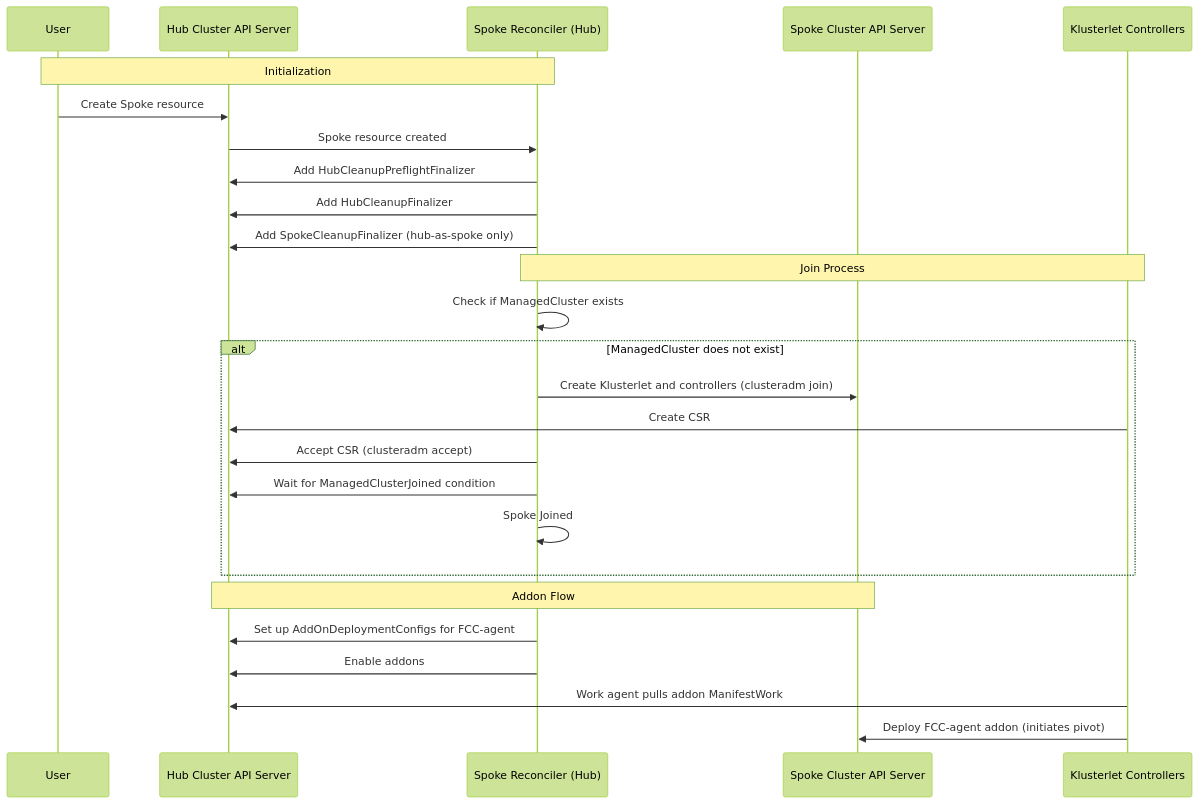
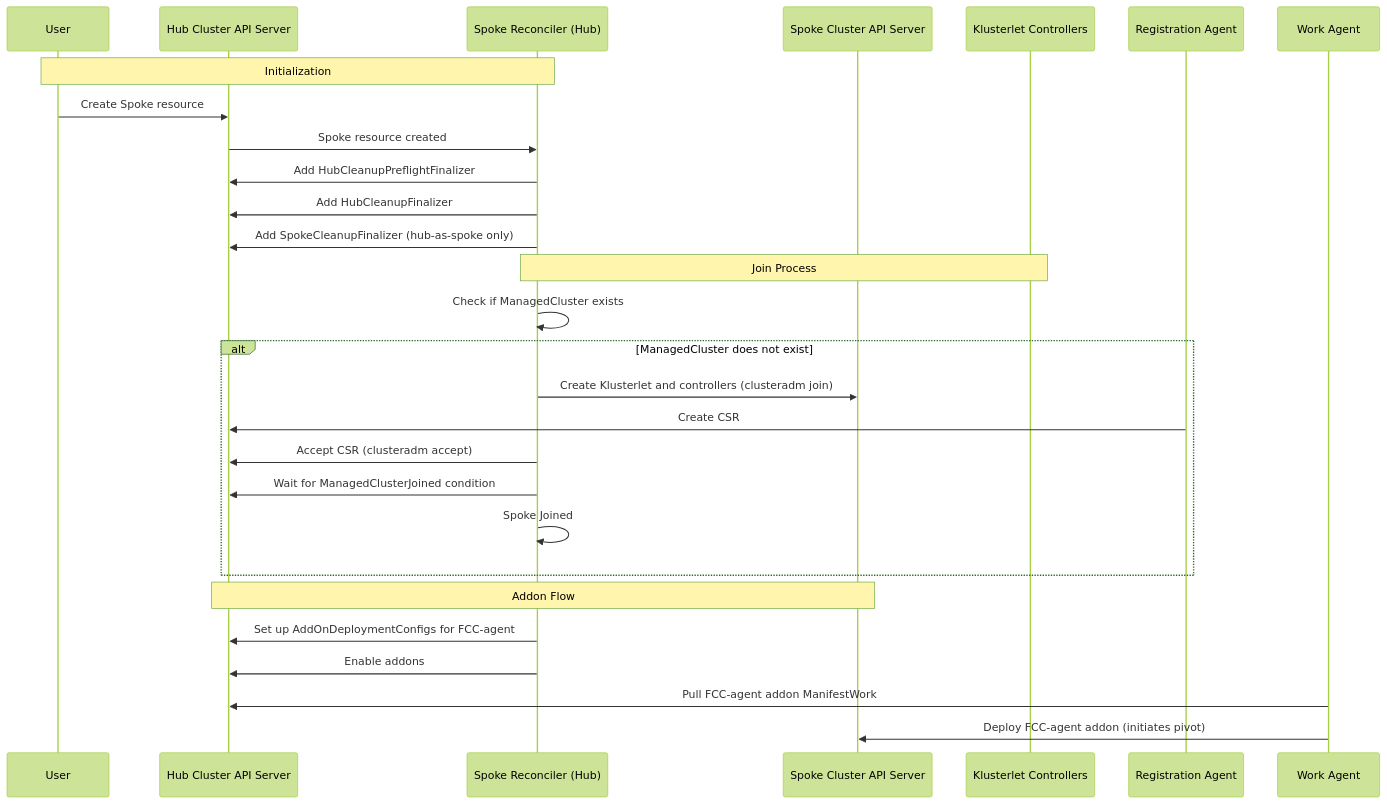
The first of 4 diagrams in fleetconfig-controller/docs/2-phase-spoke-reconcile.md (open-cluster-management-io/lab), drawn with Mermaid (forest theme) before and after one commit. The commit also changed other lines of this file, not shown here.

Commit message:
docs: break out work/reg controllers into separate actors

````diff
--- a/fleetconfig-controller/docs/2-phase-spoke-reconcile.md
+++ b/fleetconfig-controller/docs/2-phase-spoke-reconcile.md
@@ -95,33 +96,35 @@
 ```mermaid
 sequenceDiagram
     participant User
     participant HubK8s as Hub Cluster API Server
     participant HubController as Spoke Reconciler (Hub)
     participant SpokeK8s as Spoke Cluster API Server
     participant KlusterletCtrl as Klusterlet Controllers
+    participant RegAgent as Registration Agent
+    participant WorkAgent as Work Agent
 
     Note over User, HubController: Initialization
 
     User->>HubK8s: Create Spoke resource
     HubK8s->>HubController: Spoke resource created
     HubController->>HubK8s: Add HubCleanupPreflightFinalizer
     HubController->>HubK8s: Add HubCleanupFinalizer
     HubController->>HubK8s: Add SpokeCleanupFinalizer (hub-as-spoke only)
     
     Note over HubController, KlusterletCtrl: Join Process
     HubController->>HubController: Check if ManagedCluster exists
     alt ManagedCluster does not exist
         HubController->>SpokeK8s: Create Klusterlet and controllers (clusteradm join)
-        KlusterletCtrl->>HubK8s: Create CSR
+        RegAgent->>HubK8s: Create CSR
         HubController->>HubK8s: Accept CSR (clusteradm accept)
         HubController->>HubK8s: Wait for ManagedClusterJoined condition
         HubController->>HubController: Spoke Joined
     end
 
     Note over HubK8s, SpokeK8s: Addon Flow
     HubController->>HubK8s: Set up AddOnDeploymentConfigs for FCC-agent
     HubController->>HubK8s: Enable addons
-    KlusterletCtrl->>HubK8s: Work agent pulls addon ManifestWork
-    KlusterletCtrl->>SpokeK8s: Deploy FCC-agent addon (initiates pivot)
+    WorkAgent->>HubK8s: Pull FCC-agent addon ManifestWork
+    WorkAgent->>SpokeK8s: Deploy FCC-agent addon (initiates pivot)
 
 ```
````
